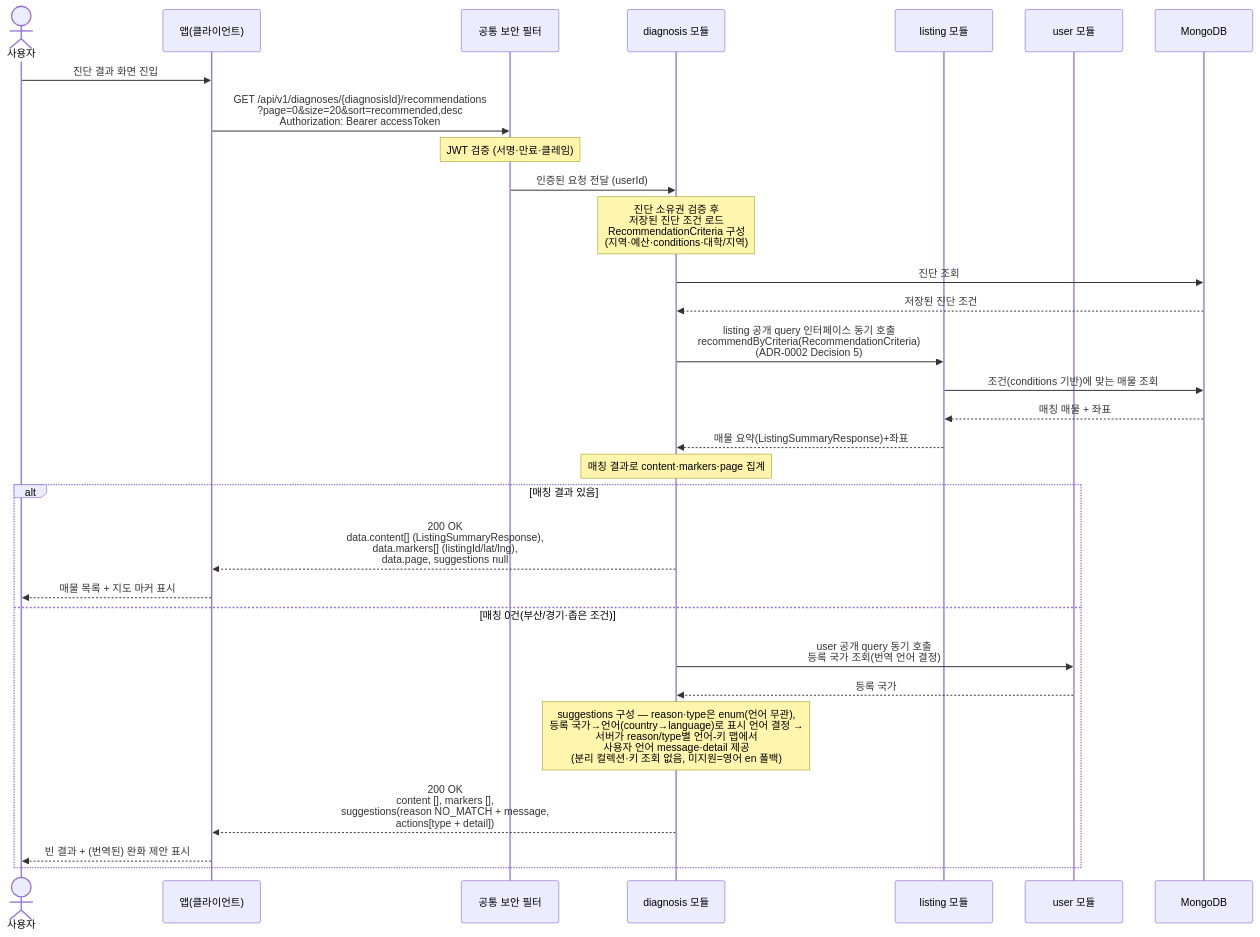
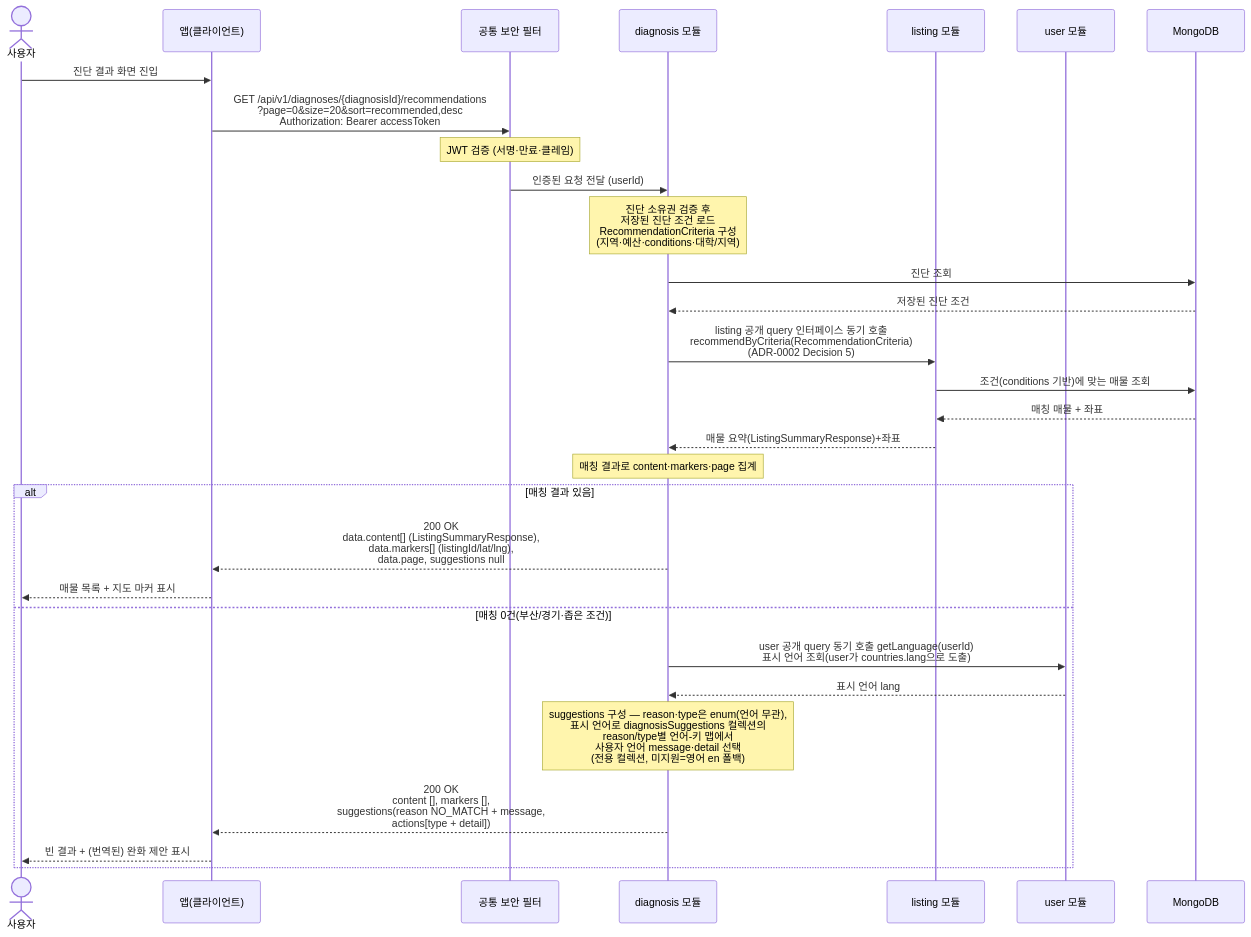
The diagram in docs/architecture/sequence-diagrams/02-diagnosis-recommendation/us-2-2-recommendations.md (jameskim9509/Kohere-backend), drawn with Mermaid before and after one commit. The commit also changed other lines of this file and 9 other files, not shown here.

First line of the commit message:
docs(diagnosis): 진단 i18n 문서 정합(countries.lang·diagnosisSuggestions)

````diff
--- a/docs/architecture/sequence-diagrams/02-diagnosis-recommendation/us-2-2-recommendations.md
+++ b/docs/architecture/sequence-diagrams/02-diagnosis-recommendation/us-2-2-recommendations.md
@@ -5,33 +5,33 @@
 ```mermaid
 sequenceDiagram
     actor U as 사용자
     participant C as 앱(클라이언트)
     participant SEC as 공통 보안 필터
     participant DIAG as diagnosis 모듈
     participant LIST as listing 모듈
     participant USER as user 모듈
     participant DB as MongoDB
 
     U->>C: 진단 결과 화면 진입
     C->>SEC: GET /api/v1/diagnoses/{diagnosisId}/recommendations<br/>?page=0&size=20&sort=recommended,desc<br/>Authorization: Bearer accessToken
     Note over SEC: JWT 검증 (서명·만료·클레임)
     SEC->>DIAG: 인증된 요청 전달 (userId)
     Note over DIAG: 진단 소유권 검증 후<br/>저장된 진단 조건 로드<br/>RecommendationCriteria 구성<br/>(지역·예산·conditions·대학/지역)
     DIAG->>DB: 진단 조회
     DB-->>DIAG: 저장된 진단 조건
     DIAG->>LIST: listing 공개 query 인터페이스 동기 호출<br/>recommendByCriteria(RecommendationCriteria)<br/>(ADR-0002 Decision 5)
     LIST->>DB: 조건(conditions 기반)에 맞는 매물 조회
     DB-->>LIST: 매칭 매물 + 좌표
     LIST-->>DIAG: 매물 요약(ListingSummaryResponse)+좌표
     Note over DIAG: 매칭 결과로 content·markers·page 집계
     alt 매칭 결과 있음
         DIAG-->>C: 200 OK<br/>data.content[] (ListingSummaryResponse),<br/>data.markers[] (listingId/lat/lng),<br/>data.page, suggestions null
         C-->>U: 매물 목록 + 지도 마커 표시
     else 매칭 0건(부산/경기·좁은 조건)
-        DIAG->>USER: user 공개 query 동기 호출<br/>등록 국가 조회(번역 언어 결정)
-        USER-->>DIAG: 등록 국가
-        Note over DIAG: suggestions 구성 — reason·type은 enum(언어 무관),<br/>등록 국가→언어(country→language)로 표시 언어 결정 →<br/>서버가 reason/type별 언어-키 맵에서<br/>사용자 언어 message·detail 제공<br/>(분리 컬렉션·키 조회 없음, 미지원=영어 en 폴백)
+        DIAG->>USER: user 공개 query 동기 호출 getLanguage(userId)<br/>표시 언어 조회(user가 countries.lang으로 도출)
+        USER-->>DIAG: 표시 언어 lang
+        Note over DIAG: suggestions 구성 — reason·type은 enum(언어 무관),<br/>표시 언어로 diagnosisSuggestions 컬렉션의<br/>reason/type별 언어-키 맵에서<br/>사용자 언어 message·detail 선택<br/>(전용 컬렉션, 미지원=영어 en 폴백)
         DIAG-->>C: 200 OK<br/>content [], markers [],<br/>suggestions(reason NO_MATCH + message,<br/>actions[type + detail])
         C-->>U: 빈 결과 + (번역된) 완화 제안 표시
     end
 ```
````
